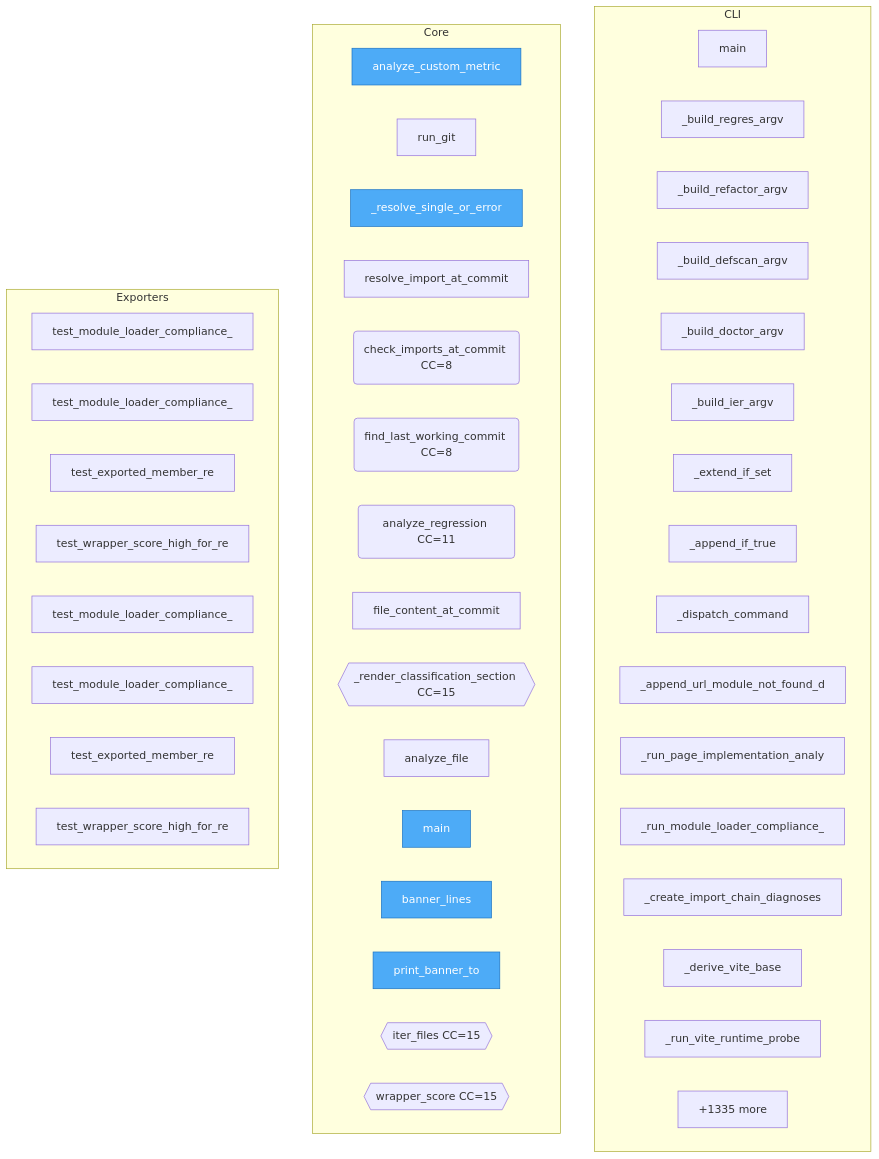
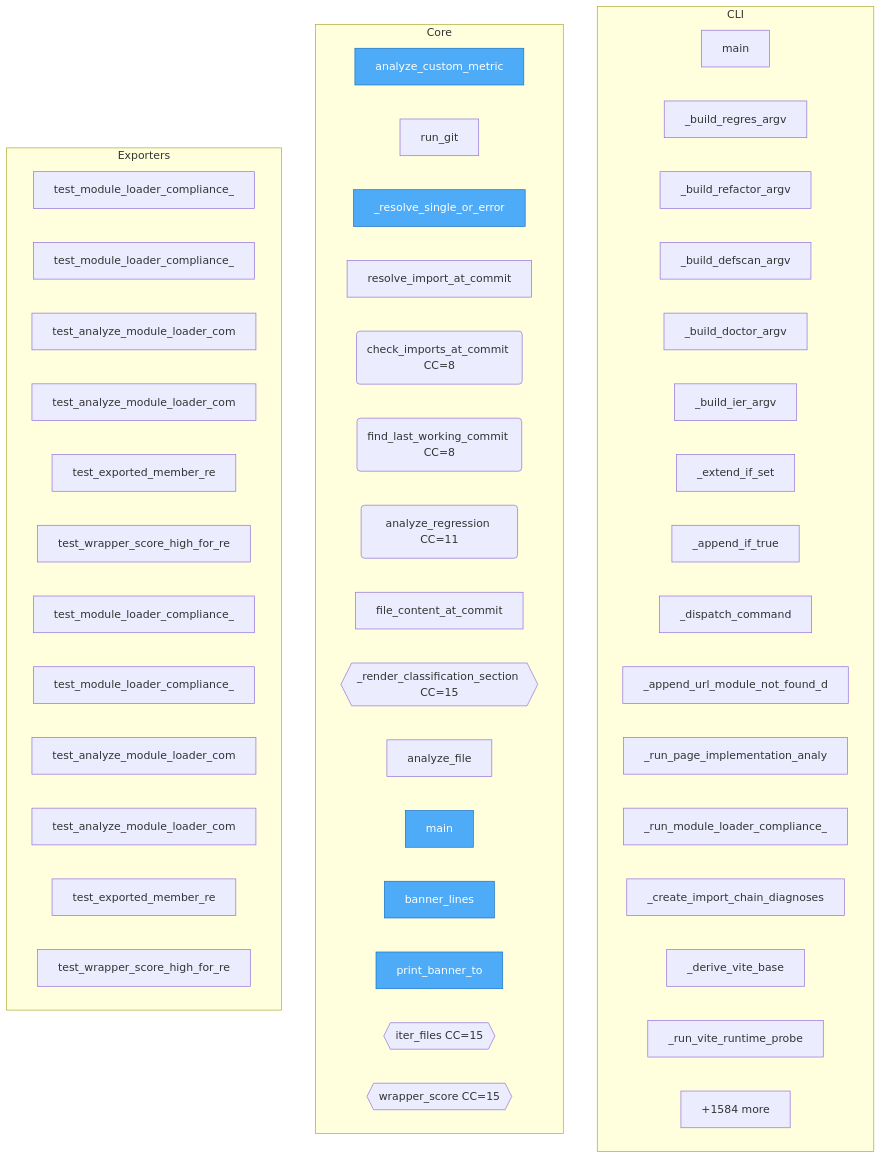
One commit to semcod/regres changed the diagram in project/flow.mmd. Above: the diagram before and after it, drawn with Mermaid. The commit also changed 29 other files, not shown here.

```diff
--- a/project/flow.mmd
+++ b/project/flow.mmd
@@ -1,55 +1,59 @@
 flowchart TD
 
     %% Entry points (blue)
     classDef entry fill:#4dabf7,stroke:#1971c2,color:#fff
 
     subgraph CLI
         regres__regres_cli__main["main"]
         regres__regres_cli___build_regres_argv["_build_regres_argv"]
         regres__regres_cli___build_refactor_argv["_build_refactor_argv"]
         regres__regres_cli___build_defscan_argv["_build_defscan_argv"]
         regres__regres_cli___build_doctor_argv["_build_doctor_argv"]
         regres__regres_cli___build_ier_argv["_build_ier_argv"]
         regres__regres_cli___extend_if_set["_extend_if_set"]
         regres__regres_cli___append_if_true["_append_if_true"]
         regres__regres_cli___dispatch_command["_dispatch_command"]
         regres__doctor_cli___append_url_module_not_found_diagnosis["_append_url_module_not_found_d"]
         regres__doctor_cli___run_page_implementation_analysis["_run_page_implementation_analy"]
         regres__doctor_cli___run_module_loader_compliance_check["_run_module_loader_compliance_"]
         regres__doctor_cli___create_import_chain_diagnoses["_create_import_chain_diagnoses"]
         regres__doctor_cli___derive_vite_base["_derive_vite_base"]
         regres__doctor_cli___run_vite_runtime_probe["_run_vite_runtime_probe"]
-        ...["+17 more"]
+        ...["+24 more"]
     end
 
     subgraph Core
         docs__DOCTOR__analyze_custom_metric["analyze_custom_metric"]
         regres__regres__run_git["run_git"]
         regres__regres___resolve_single_or_error["_resolve_single_or_error"]
         regres__regres__resolve_import_at_commit["resolve_import_at_commit"]
         regres__regres__check_imports_at_commit("check_imports_at_commit CC=8")
         regres__regres__find_last_working_commit("find_last_working_commit CC=8")
         regres__regres__analyze_regression("analyze_regression CC=11")
         regres__regres__file_content_at_commit["file_content_at_commit"]
         regres__regres___render_classification_section{{_render_classification_section CC=15}}
         regres__regres__analyze_file["analyze_file"]
         regres__regres__main["main"]
         regres__doctor_config__DoctorConfig__banner_lines["banner_lines"]
         regres__doctor_config__DoctorConfig__print_banner_to["print_banner_to"]
         regres__refactor__iter_files{{iter_files CC=15}}
         regres__refactor__wrapper_score{{wrapper_score CC=15}}
-        ...["+1335 more"]
+        ...["+1584 more"]
     end
 
     subgraph Exporters
         project__map__toon__test_module_loader_compliance_passes_with_default_export["test_module_loader_compliance_"]
         project__map__toon__test_module_loader_compliance_flags_view_only_export["test_module_loader_compliance_"]
+        project__map__toon__test_analyze_module_loader_compliance_has_default_export["test_analyze_module_loader_com"]
+        project__map__toon__test_analyze_module_loader_compliance_no_module_export["test_analyze_module_loader_com"]
         project__map__toon__test_exported_member_re["test_exported_member_re"]
         project__map__toon__test_wrapper_score_high_for_reexport["test_wrapper_score_high_for_re"]
         SUMD__test_module_loader_compliance_passes_with_default_export["test_module_loader_compliance_"]
         SUMD__test_module_loader_compliance_flags_view_only_export["test_module_loader_compliance_"]
+        SUMD__test_analyze_module_loader_compliance_has_default_export["test_analyze_module_loader_com"]
+        SUMD__test_analyze_module_loader_compliance_no_module_export["test_analyze_module_loader_com"]
         SUMD__test_exported_member_re["test_exported_member_re"]
         SUMD__test_wrapper_score_high_for_reexport["test_wrapper_score_high_for_re"]
     end
 
     class docs__DOCTOR__analyze_custom_metric,regres__regres___resolve_single_or_error,regres__regres__main,regres__doctor_config__DoctorConfig__banner_lines,regres__doctor_config__DoctorConfig__print_banner_to,regres__refactor__cmd_find,regres__refactor__cmd_duplicates,regres__refactor__cmd_similar,regres__refactor__cmd_symbols,regres__refactor__cmd_wrappers entry
```
